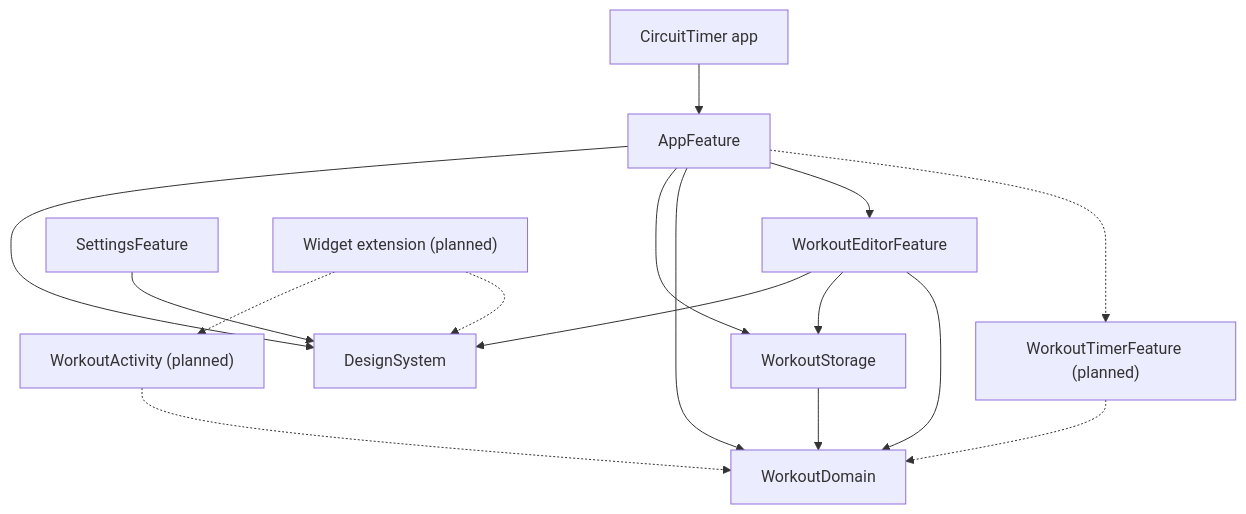
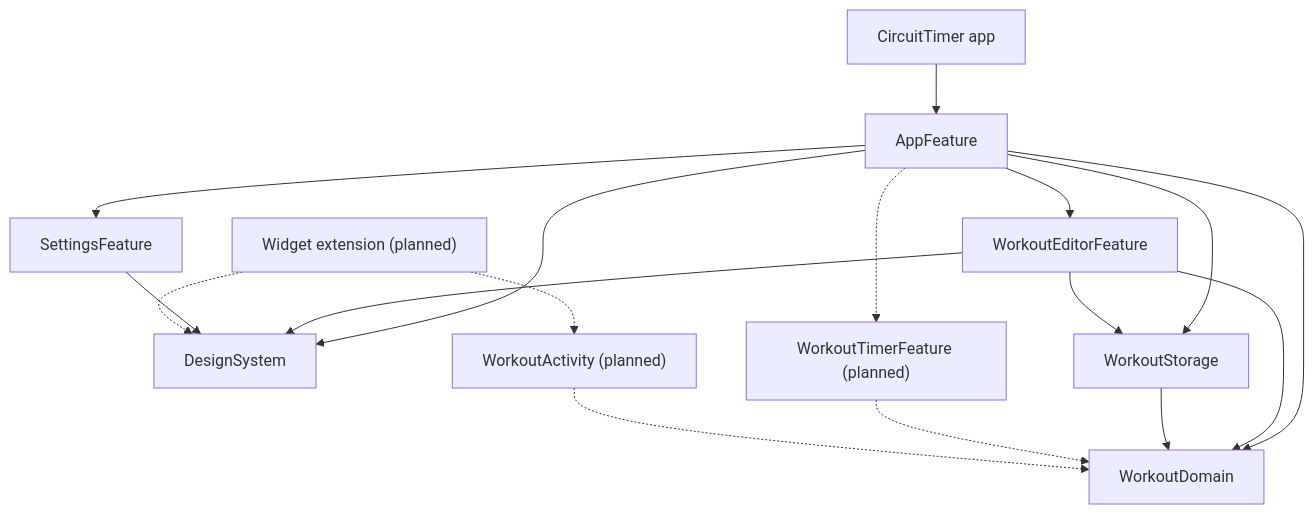
Before and after one commit to akrementsov/CircuitTimer: the diagram in README.md, drawn with Mermaid. The commit also changed other lines of this file and 5 other files, not shown here.

````diff
--- a/README.md
+++ b/README.md
@@ -22,18 +22,19 @@
 ```mermaid
 graph TD
     App["CircuitTimer app"] --> AppFeature
     AppFeature --> DesignSystem
     AppFeature --> WorkoutStorage
     AppFeature --> WorkoutDomain
     AppFeature --> WorkoutEditorFeature
+    AppFeature --> SettingsFeature
     WorkoutEditorFeature --> DesignSystem
     WorkoutEditorFeature --> WorkoutStorage
     WorkoutEditorFeature --> WorkoutDomain
     SettingsFeature --> DesignSystem
     WorkoutStorage --> WorkoutDomain
     AppFeature -.-> WorkoutTimerFeature["WorkoutTimerFeature (planned)"]
     WorkoutTimerFeature -.-> WorkoutDomain
     Widget["Widget extension (planned)"] -.-> WorkoutActivity["WorkoutActivity (planned)"]
     Widget -.-> DesignSystem
     WorkoutActivity -.-> WorkoutDomain
 ```
````
